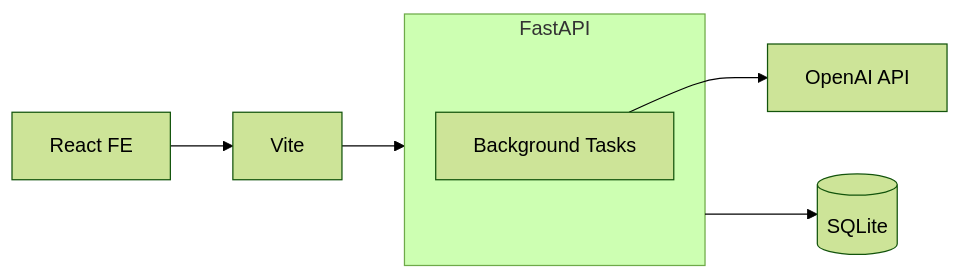
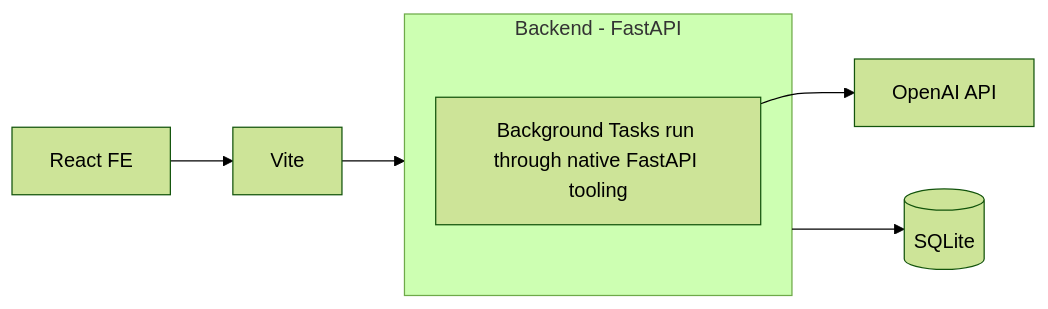
One commit to stevenson3/tribe_fullstack_coding changed the diagram in README.md. Above: the diagram before and after it, drawn with Mermaid (forest theme). The commit also changed other lines of this file, not shown here.

````diff
--- a/README.md
+++ b/README.md
@@ -44,12 +26,12 @@
 ```mermaid
 flowchart LR
     FE[React FE] --> Vite
     Vite --> API
 
-    subgraph API[FastAPI]
-        BG[Background Tasks]
+    subgraph API[Backend - FastAPI]
+        BG[Background Tasks run through native FastAPI tooling]
     end
 
     API --> DB[(SQLite)]
     BG --> OpenAI[OpenAI API]
 ```
````
